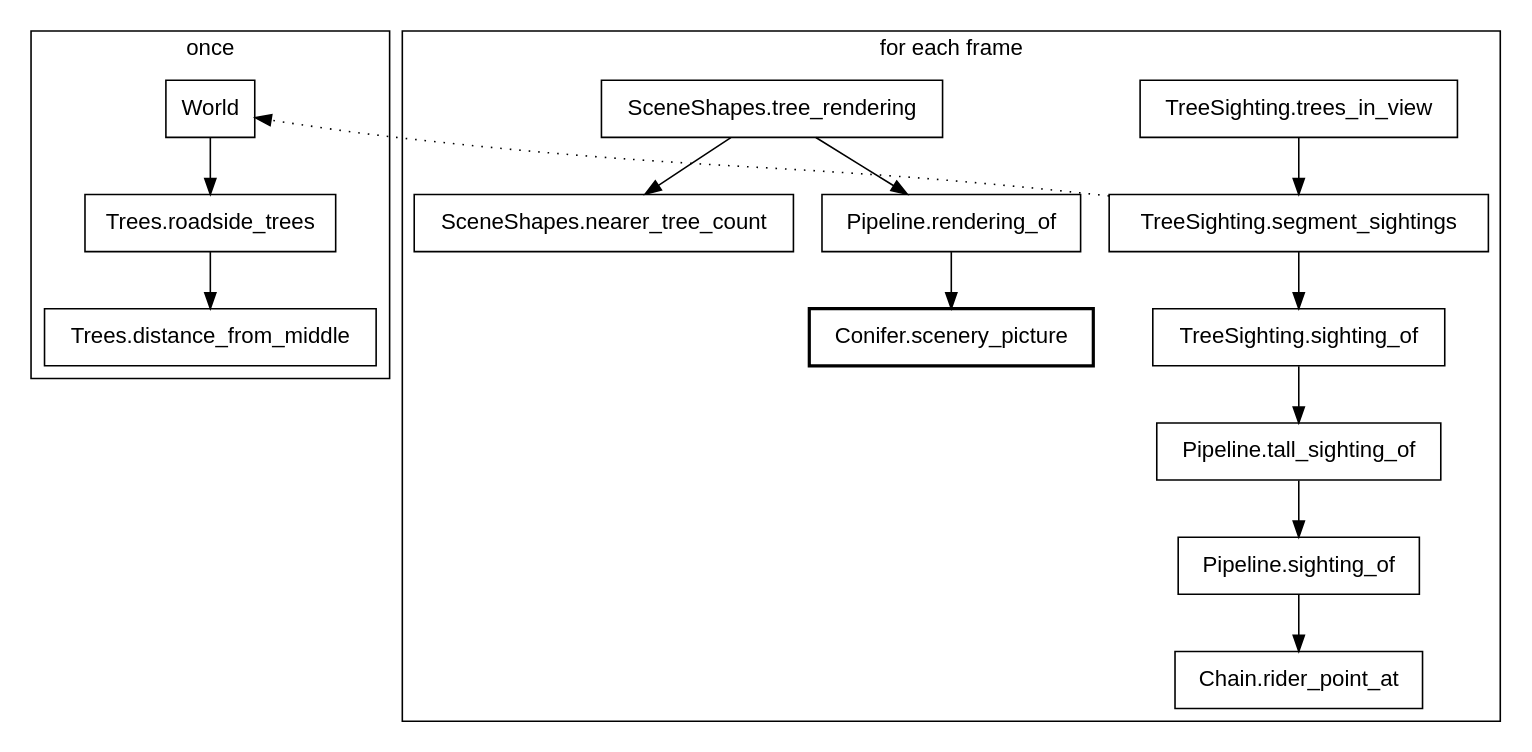
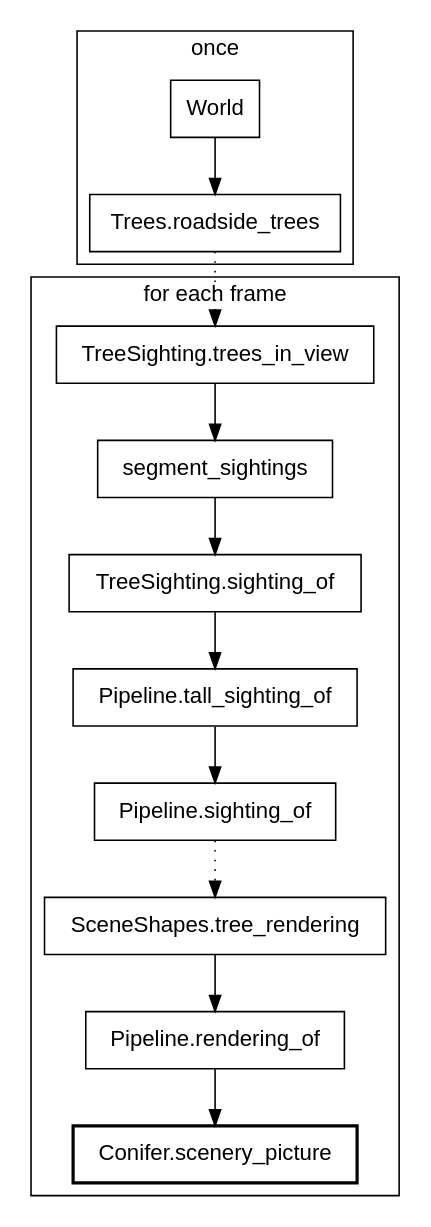
Before and after one commit to showell/roc-apps: the eighth of 34 diagrams in canvas_apps/safari/tutorial/tutorial.md, drawn with Graphviz. The commit also changed other lines of this file, not shown here.

Commit message:
book: the roadside trees diagram fits a phone

````diff
--- a/canvas_apps/safari/tutorial/tutorial.md
+++ b/canvas_apps/safari/tutorial/tutorial.md
@@ -559,24 +559,22 @@
 ```dot
 digraph roadside {
   node [shape=box, fontname="Helvetica"];
   fontname="Helvetica";
   subgraph cluster_once {
     label="once";
     World -> "Trees.roadside_trees";
-    "Trees.roadside_trees" -> "Trees.distance_from_middle";
   }
   subgraph cluster_frame {
     label="for each frame";
-    "TreeSighting.trees_in_view" -> "TreeSighting.segment_sightings";
-    "TreeSighting.segment_sightings" -> "TreeSighting.sighting_of";
+    "TreeSighting.trees_in_view" -> "segment_sightings";
+    "segment_sightings" -> "TreeSighting.sighting_of";
     "TreeSighting.sighting_of" -> "Pipeline.tall_sighting_of";
     "Pipeline.tall_sighting_of" -> "Pipeline.sighting_of";
-    "Pipeline.sighting_of" -> "Chain.rider_point_at";
-    "SceneShapes.tree_rendering" -> "SceneShapes.nearer_tree_count";
     "SceneShapes.tree_rendering" -> "Pipeline.rendering_of";
     "Pipeline.rendering_of" -> "Conifer.scenery_picture";
   }
-  "TreeSighting.segment_sightings" -> World [style=dotted, constraint=false];
+  "Trees.roadside_trees" -> "TreeSighting.trees_in_view" [style=dotted];
+  "Pipeline.sighting_of" -> "SceneShapes.tree_rendering" [style=dotted];
   "Conifer.scenery_picture" [style=bold];
 }
 ```
````
